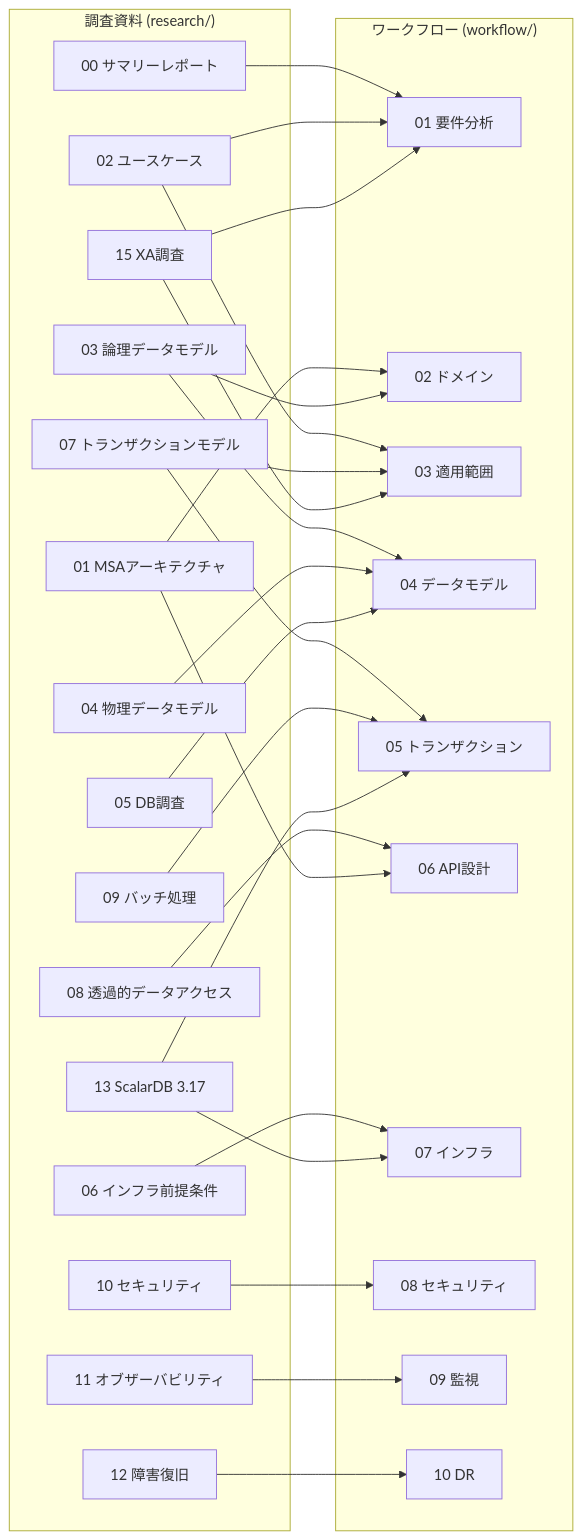
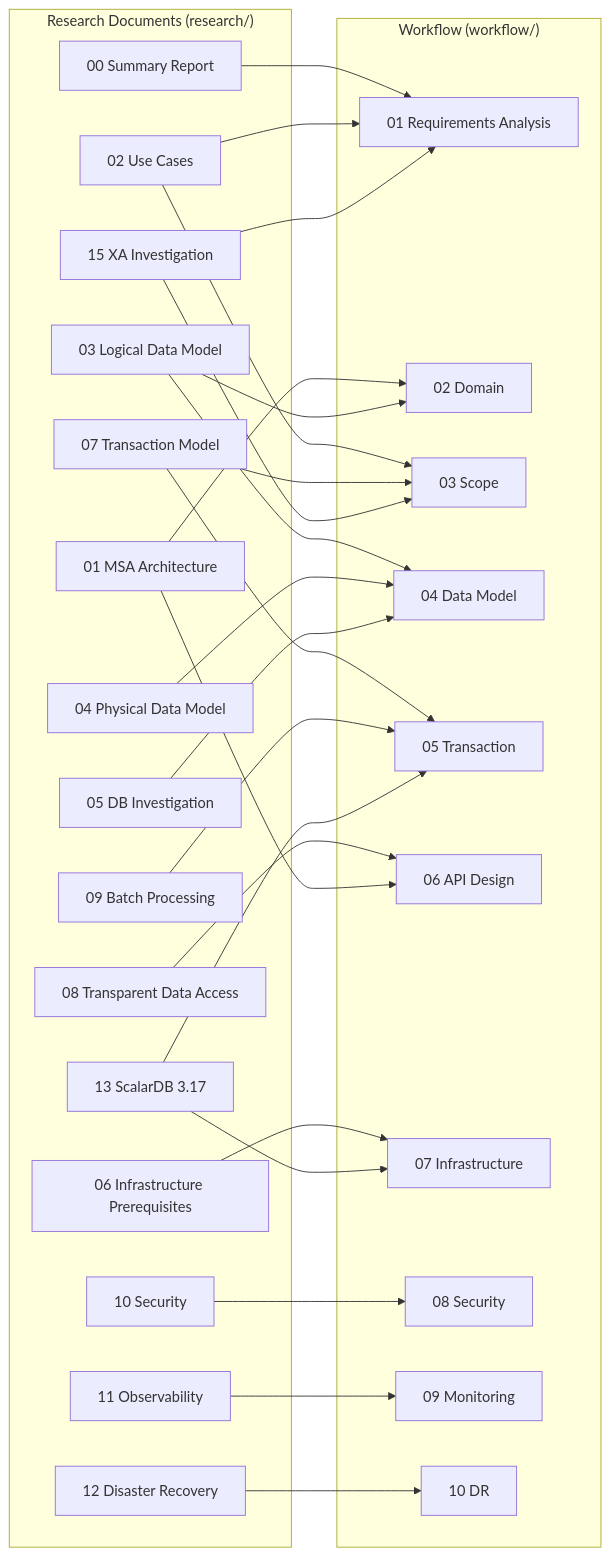
Before and after one commit to wfukatsu/nexus-architect: the second of 2 diagrams in workflow/greenfield/00_workflow_overview.md, drawn with Mermaid. The commit also changed other lines of this file and 2 other files, not shown here.

First line of the commit message:
docs: Translate workflow overview and step 01 to English

````diff
--- a/workflow/greenfield/00_workflow_overview.md
+++ b/workflow/greenfield/00_workflow_overview.md
@@ -81,55 +81,55 @@
 ```mermaid
 flowchart LR
-    subgraph 調査資料["調査資料 (research/)"]
-        D00["00 サマリーレポート"]
-        D01["01 MSAアーキテクチャ"]
-        D02["02 ユースケース"]
-        D03["03 論理データモデル"]
-        D04["04 物理データモデル"]
-        D05["05 DB調査"]
-        D06["06 インフラ前提条件"]
-        D07["07 トランザクションモデル"]
-        D08["08 透過的データアクセス"]
-        D09["09 バッチ処理"]
-        D10["10 セキュリティ"]
-        D11["11 オブザーバビリティ"]
-        D12["12 障害復旧"]
+    subgraph ResearchDocs["Research Documents (research/)"]
+        D00["00 Summary Report"]
+        D01["01 MSA Architecture"]
+        D02["02 Use Cases"]
+        D03["03 Logical Data Model"]
+        D04["04 Physical Data Model"]
+        D05["05 DB Investigation"]
+        D06["06 Infrastructure Prerequisites"]
+        D07["07 Transaction Model"]
+        D08["08 Transparent Data Access"]
+        D09["09 Batch Processing"]
+        D10["10 Security"]
+        D11["11 Observability"]
+        D12["12 Disaster Recovery"]
         D13["13 ScalarDB 3.17"]
-        D15["15 XA調査"]
+        D15["15 XA Investigation"]
     end
 
-    subgraph ワークフロー["ワークフロー (workflow/)"]
-        W01["01 要件分析"]
-        W02["02 ドメイン"]
-        W03["03 適用範囲"]
-        W04["04 データモデル"]
-        W05["05 トランザクション"]
-        W06["06 API設計"]
-        W07["07 インフラ"]
-        W08["08 セキュリティ"]
-        W09["09 監視"]
+    subgraph Workflow["Workflow (workflow/)"]
+        W01["01 Requirements Analysis"]
+        W02["02 Domain"]
+        W03["03 Scope"]
+        W04["04 Data Model"]
+        W05["05 Transaction"]
+        W06["06 API Design"]
+        W07["07 Infrastructure"]
+        W08["08 Security"]
+        W09["09 Monitoring"]
         W10["10 DR"]
     end
 
     D00 --> W01
     D02 --> W01
     D15 --> W01
     D01 --> W02
     D03 --> W02
     D02 --> W03
     D07 --> W03
     D15 --> W03
     D03 --> W04
     D04 --> W04
     D05 --> W04
     D07 --> W05
     D09 --> W05
     D13 --> W05
     D08 --> W06
     D01 --> W06
     D06 --> W07
     D13 --> W07
     D10 --> W08
     D11 --> W09
     D12 --> W10
 ```
````
